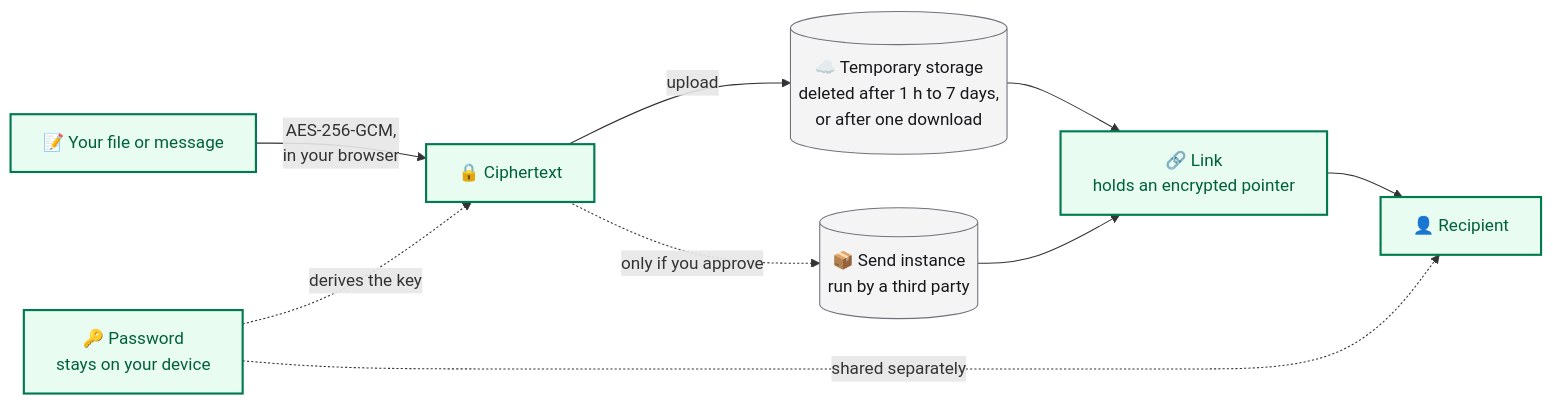
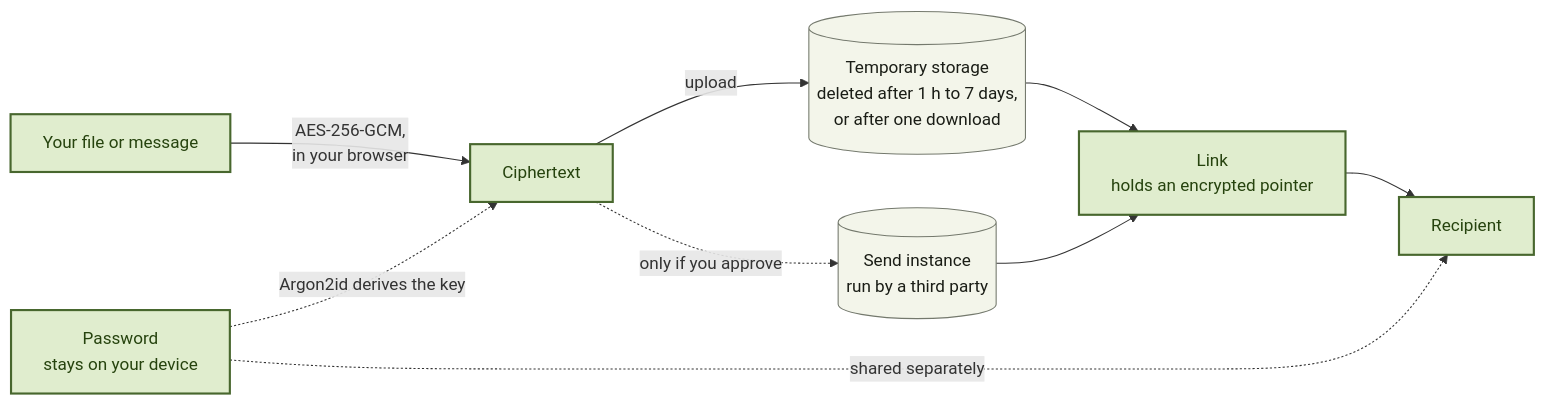
The first of 2 diagrams in README.md (danielsebesta/encrypt), drawn with Mermaid before and after one commit. The commit also changed other lines of this file and 18 other files, not shown here.

````diff
--- a/README.md
+++ b/README.md
@@ -120,16 +46,16 @@
 ```mermaid
 flowchart LR
-  A["📝 Your file or message"] -- "AES-256-GCM,<br/>in your browser" --> B["🔒 Ciphertext"]
-  P["🔑 Password<br/>stays on your device"] -. "derives the key" .-> B
-  B -- "upload" --> C[("☁️ Temporary storage<br/>deleted after 1 h to 7 days,<br/>or after one download")]
-  B -. "only if you approve" .-> S[("📦 Send instance<br/>run by a third party")]
-  C --> L["🔗 Link<br/>holds an encrypted pointer"]
+  A["Your file or message"] -- "AES-256-GCM,<br/>in your browser" --> B["Ciphertext"]
+  P["Password<br/>stays on your device"] -. "Argon2id derives the key" .-> B
+  B -- "upload" --> C[("Temporary storage<br/>deleted after 1 h to 7 days,<br/>or after one download")]
+  B -. "only if you approve" .-> S[("Send instance<br/>run by a third party")]
+  C --> L["Link<br/>holds an encrypted pointer"]
   S --> L
-  L --> R["👤 Recipient"]
+  L --> R["Recipient"]
   P -. "shared separately" .-> R
 
-  classDef brand fill:#e9fcf1,stroke:#007a4f,color:#00603d,stroke-width:2px;
-  classDef neutral fill:#f4f4f5,stroke:#71717a,color:#18181b;
+  classDef brand fill:#e0edce,stroke:#48672e,color:#26430e,stroke-width:2px;
+  classDef neutral fill:#f3f5ea,stroke:#74796d,color:#1a1d16;
   class A,B,L,R,P brand;
   class C,S neutral;
 ```
````
